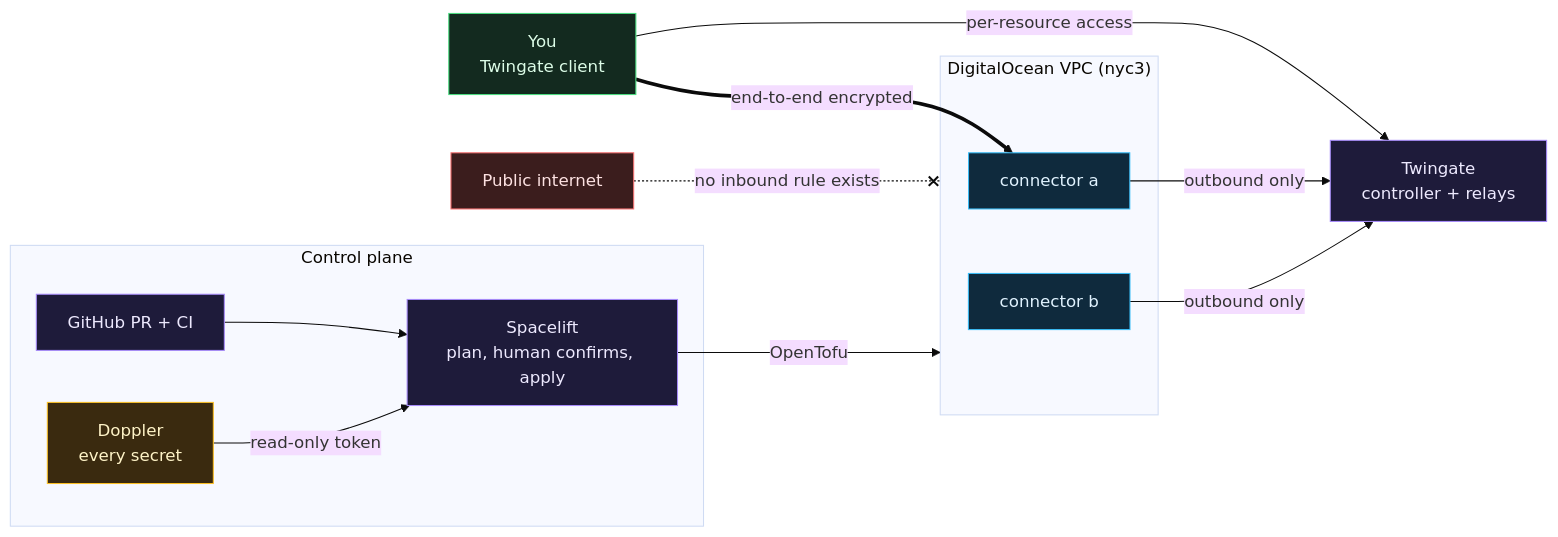
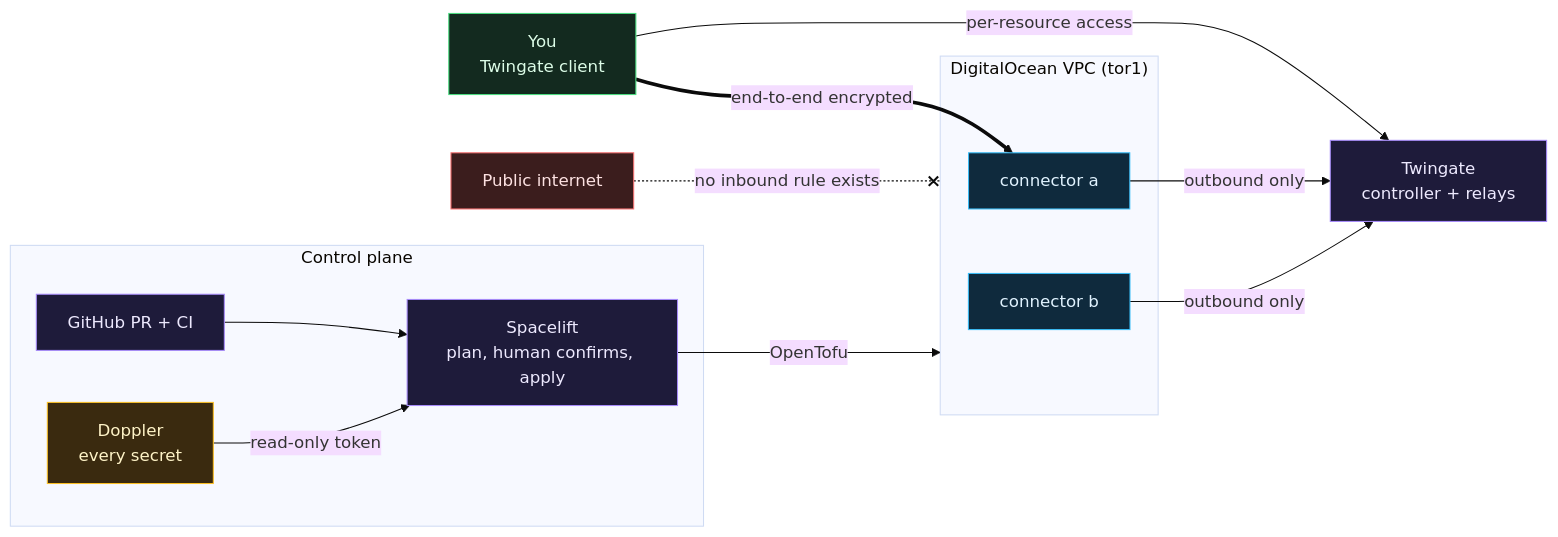
Before and after one commit to ChiefGyk3D/Clouds-Against-Humanity: the diagram in README.md, drawn with Mermaid (base theme). The commit also changed 13 other files, not shown here.

````diff
--- a/README.md
+++ b/README.md
@@ -11,29 +11,29 @@
 ```mermaid
 flowchart LR
     you["You<br/>Twingate client"]:::you
     tg["Twingate<br/>controller + relays"]:::ctrl
-    subgraph do["DigitalOcean VPC (nyc3)"]
+    subgraph do["DigitalOcean VPC (tor1)"]
         ca["connector a"]:::cloud
         cb["connector b"]:::cloud
     end
     net["Public internet"]:::ext
     subgraph cp["Control plane"]
         gh["GitHub PR + CI"]:::ctrl
         sl["Spacelift<br/>plan, human confirms, apply"]:::ctrl
         dp["Doppler<br/>every secret"]:::secret
     end
     you -- "per-resource access" --> tg
     ca -- "outbound only" --> tg
     cb -- "outbound only" --> tg
     you == "end-to-end encrypted" ==> ca
     net -. "no inbound rule exists" .-x do
     gh --> sl
     dp -- "read-only token" --> sl
     sl -- "OpenTofu" --> do
 
     classDef you fill:#132a1f,stroke:#4ade80,color:#dcfce7
     classDef ext fill:#3b1d1d,stroke:#f87171,color:#fde2e2
     classDef ctrl fill:#1e1b3a,stroke:#a78bfa,color:#ede9fe
     classDef cloud fill:#0f2a3d,stroke:#38bdf8,color:#e0f2fe
     classDef secret fill:#3a2a0f,stroke:#fbbf24,color:#fef3c7
 ```
````
